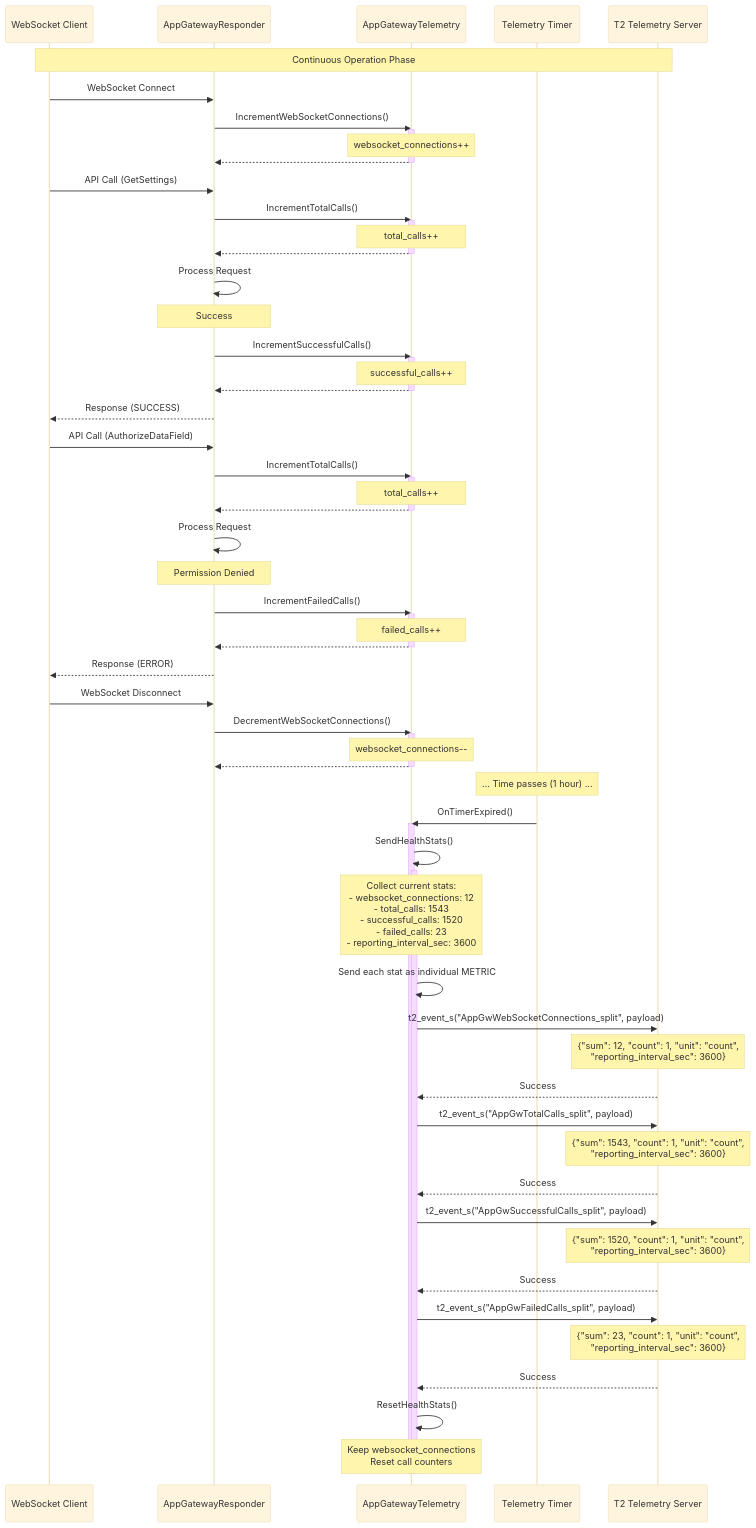
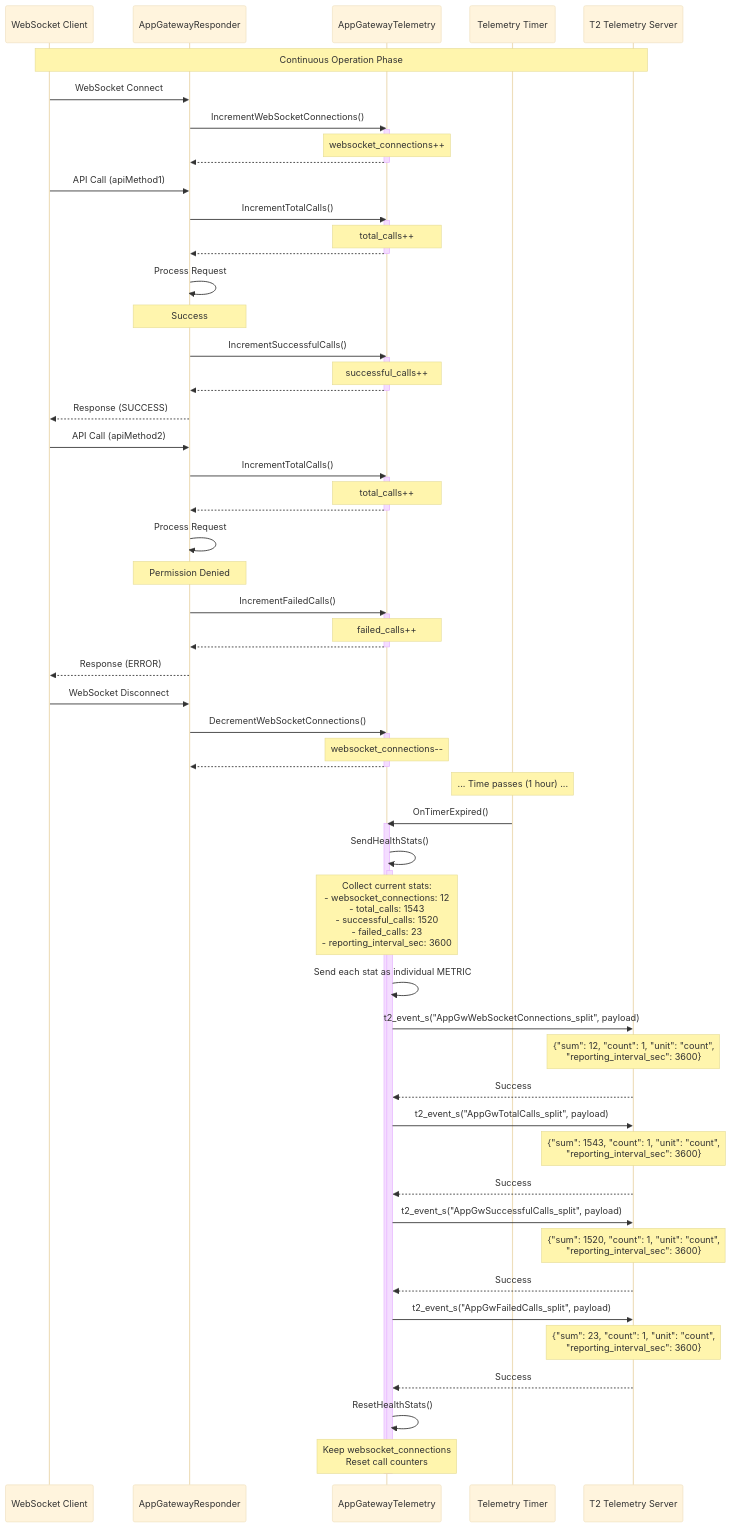
Before and after one commit to rdkcentral/entservices-appgateway: the diagram in AppGateway/docs/sequence-diagrams/02_Health_Stats_Reporting.md, drawn with Mermaid (base theme). The commit also changed 12 other files, not shown here.

```diff
--- a/AppGateway/docs/sequence-diagrams/02_Health_Stats_Reporting.md
+++ b/AppGateway/docs/sequence-diagrams/02_Health_Stats_Reporting.md
@@ -25,7 +25,7 @@
     deactivate Telemetry
     
     %% API Call - Success
-    Client->>Responder: API Call (GetSettings)
+    Client->>Responder: API Call (apiMethod1)
     Responder->>Telemetry: IncrementTotalCalls()
     activate Telemetry
     Note over Telemetry: total_calls++
@@ -44,7 +44,7 @@
     Responder-->>Client: Response (SUCCESS)
     
     %% API Call - Failure
-    Client->>Responder: API Call (AuthorizeDataField)
+    Client->>Responder: API Call (apiMethod2)
     Responder->>Telemetry: IncrementTotalCalls()
     activate Telemetry
     Note over Telemetry: total_calls++
```
